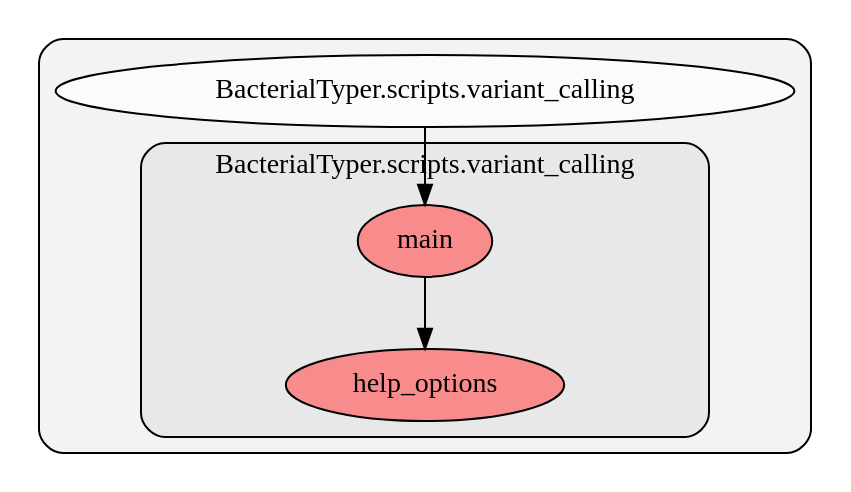
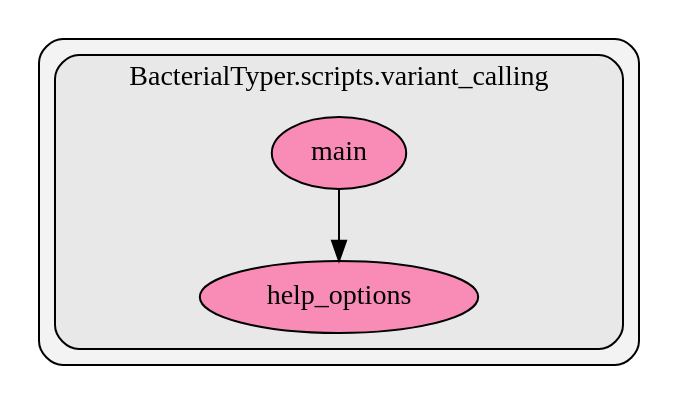
Before and after one commit to HCGB-IGTP/BacterialTyper: the diagram in docs/source/images/python_graph/scripts/variant_calling.dot, drawn with Graphviz. The commit also changed 45 other files, not shown here.

Commit message:
update pyan graphs

```diff
--- a/docs/source/images/python_graph/scripts/variant_calling.dot
+++ b/docs/source/images/python_graph/scripts/variant_calling.dot
@@ -1,20 +1,18 @@
 digraph G {
-    graph [rankdir=TB, clusterrank="local"];
+    graph [spilines=ortho, rankdir=TB, clusterrank="local"];
     subgraph cluster_G {
 
         graph [style="filled,rounded",fillcolor="#80808018", label=""];
-        BacterialTyper__scripts__variant_calling [label="BacterialTyper.scripts.variant_calling", style="filled", fillcolor="#ffffffb2", fontcolor="#000000", group="0"];
         subgraph cluster_BacterialTyper__scripts__variant_calling {
 
             graph [style="filled,rounded",fillcolor="#80808018", label="BacterialTyper.scripts.variant_calling"];
-            BacterialTyper__scripts__variant_calling__help_options [label="help_options", style="filled", fillcolor="#ff6565b2", fontcolor="#000000", group="0"];
+            BacterialTyper__scripts__variant_calling__help_options [label="help_options", style="filled", fillcolor="#ff65a3b2", fontcolor="#000000", group="42"];
         }
         subgraph cluster_BacterialTyper__scripts__variant_calling {
 
             graph [style="filled,rounded",fillcolor="#80808018", label="BacterialTyper.scripts.variant_calling"];
-            BacterialTyper__scripts__variant_calling__main [label="main", style="filled", fillcolor="#ff6565b2", fontcolor="#000000", group="0"];
+            BacterialTyper__scripts__variant_calling__main [label="main", style="filled", fillcolor="#ff65a3b2", fontcolor="#000000", group="42"];
         }
     }
-        BacterialTyper__scripts__variant_calling -> BacterialTyper__scripts__variant_calling__main [style="solid", color="#000000"];
         BacterialTyper__scripts__variant_calling__main -> BacterialTyper__scripts__variant_calling__help_options [style="solid", color="#000000"];
     }
```
